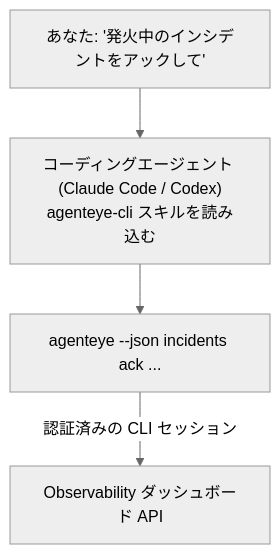
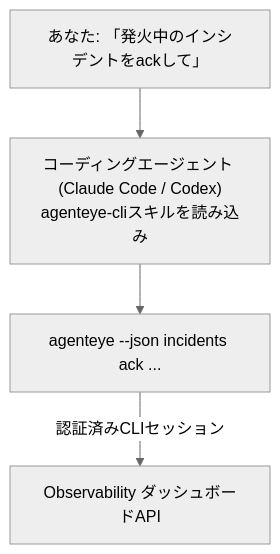
The diagram in docs/ja/agenteye/cli-skill.mdx (FailproofAI/failproofai), drawn with Mermaid (neutral theme) before and after one commit. The commit also changed other lines of this file and 654 other files, not shown here.

````diff
--- a/docs/ja/agenteye/cli-skill.mdx
+++ b/docs/ja/agenteye/cli-skill.mdx
@@ -28,6 +28,6 @@
 ```mermaid
 flowchart TD
-    YOU["あなた: '発火中のインシデントをアックして'"] --> AGENT["コーディングエージェント (Claude Code / Codex)<br/>agenteye-cli スキルを読み込む"]
+    YOU["あなた: 「発火中のインシデントをackして」"] --> AGENT["コーディングエージェント (Claude Code / Codex)<br/>agenteye-cliスキルを読み込み"]
     AGENT --> CLI["agenteye --json incidents ack ..."]
-    CLI -->|認証済みの CLI セッション| API["Observability ダッシュボード API"]
+    CLI -->|認証済みCLIセッション| API["Observability ダッシュボードAPI"]
 ```
````
